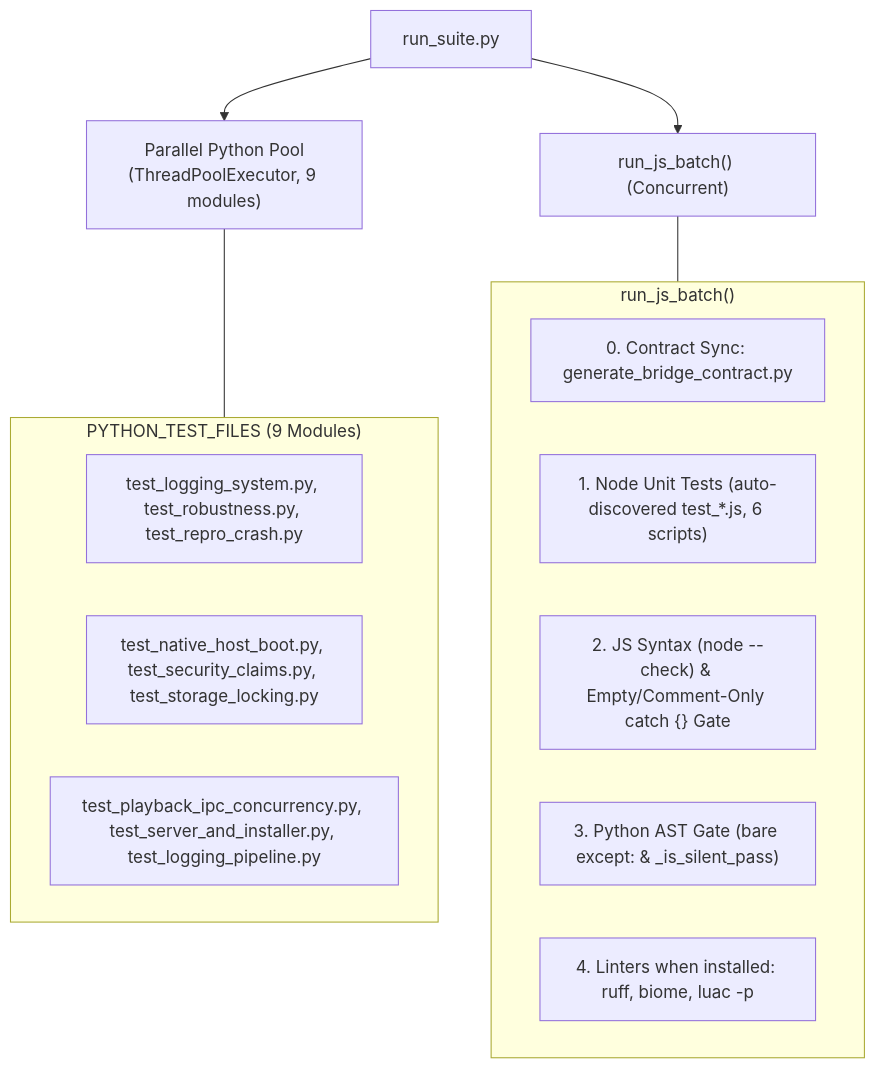
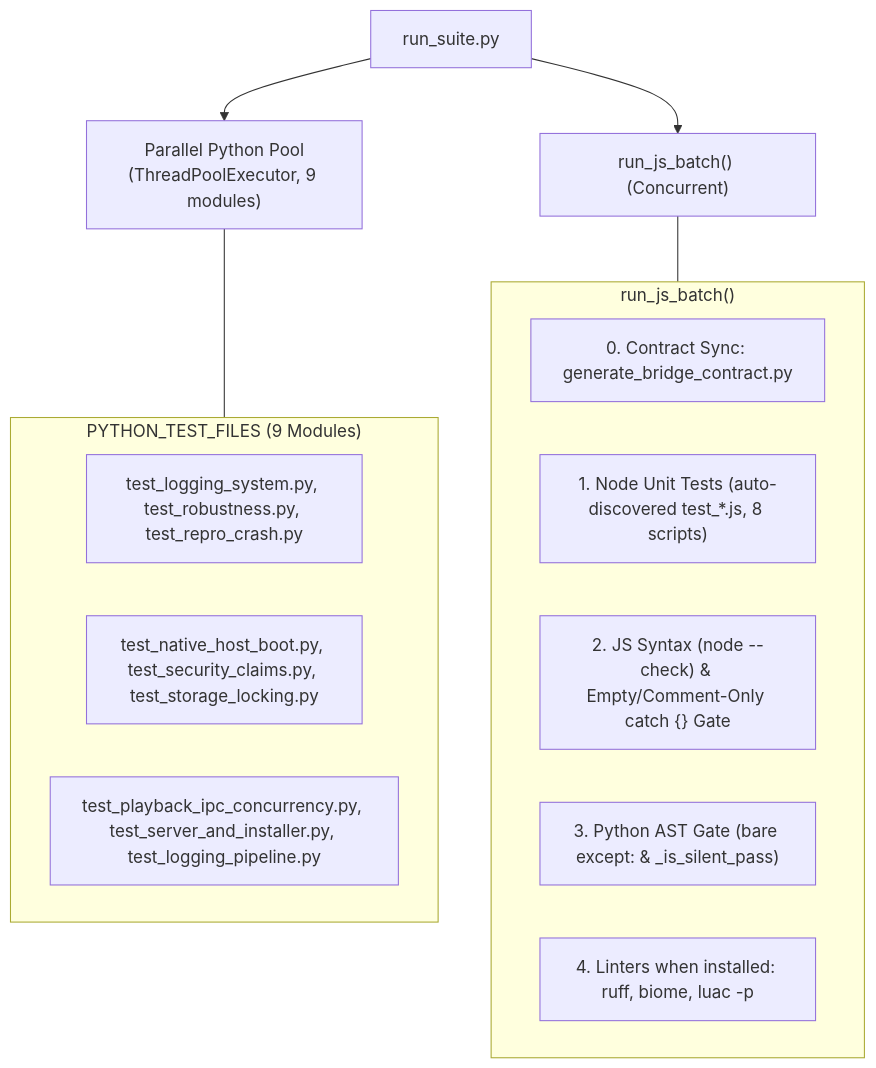
Before and after one commit to Mummykiller/mpv-playlist-organizer: the diagram in .gemini/skills/testing-and-test-authoring/SKILL.md, drawn with Mermaid. The commit also changed 44 other files, not shown here.

````diff
--- a/.gemini/skills/testing-and-test-authoring/SKILL.md
+++ b/.gemini/skills/testing-and-test-authoring/SKILL.md
@@ -20,22 +20,22 @@
 ```mermaid
 flowchart TD
     Start["run_suite.py"] --> PyPool["Parallel Python Pool<br/>(ThreadPoolExecutor, 9 modules)"]
     Start --> JsBatch["run_js_batch() (Concurrent)"]
 
     subgraph Py_Details ["PYTHON_TEST_FILES (9 Modules)"]
         T1["test_logging_system.py, test_robustness.py, test_repro_crash.py"]
         T2["test_native_host_boot.py, test_security_claims.py, test_storage_locking.py"]
         T3["test_playback_ipc_concurrency.py, test_server_and_installer.py, test_logging_pipeline.py"]
     end
 
     subgraph Js_Details ["run_js_batch()"]
         C1["0. Contract Sync: generate_bridge_contract.py"]
-        JS1["1. Node Unit Tests (auto-discovered test_*.js, 6 scripts)"]
+        JS1["1. Node Unit Tests (auto-discovered test_*.js, 8 scripts)"]
         JS2["2. JS Syntax (node --check) & Empty/Comment-Only catch {} Gate"]
         PY1["3. Python AST Gate (bare except: & _is_silent_pass)"]
         L1["4. Linters when installed: ruff, biome, luac -p"]
     end
 
     PyPool --- Py_Details
     JsBatch --- Js_Details
 ```
````
